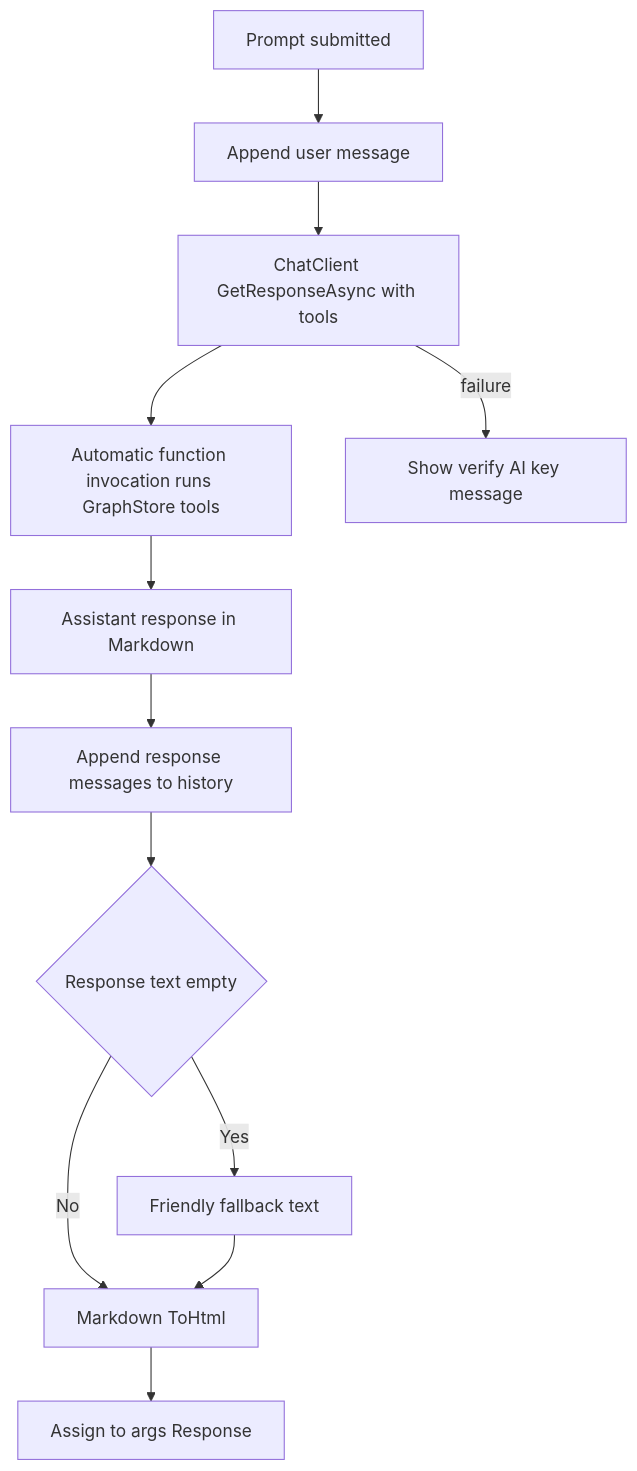
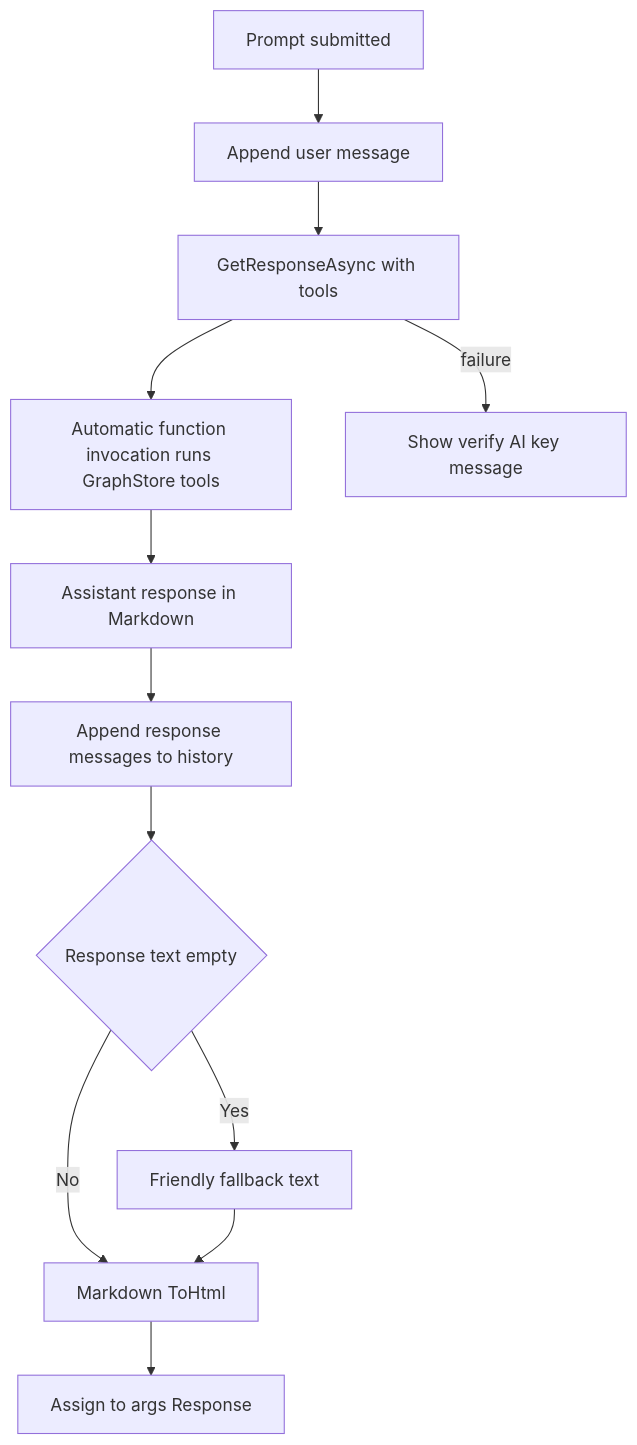
One commit to ADefWebserver/Syncfusion-Lightweight-Knowledge-Graphs-Succinctly changed the third of 3 diagrams in docs/03-graph-chat.md. Above: the diagram before and after it, drawn with Mermaid. The commit also changed other lines of this file and 3 other files, not shown here.

````diff
--- a/docs/03-graph-chat.md
+++ b/docs/03-graph-chat.md
@@ -218,14 +264,14 @@
 ```mermaid
 flowchart TD
     Submit[Prompt submitted] --> AddUser[Append user message]
-    AddUser --> Call[ChatClient GetResponseAsync with tools]
+    AddUser --> Call[GetResponseAsync with tools]
     Call --> Invoke[Automatic function invocation runs GraphStore tools]
     Invoke --> Resp[Assistant response in Markdown]
     Resp --> AddAsst[Append response messages to history]
     AddAsst --> Text{Response text empty}
     Text -- No --> Convert[Markdown ToHtml]
     Text -- Yes --> Fallback[Friendly fallback text]
     Fallback --> Convert
     Convert --> Show[Assign to args Response]
     Call -->|failure| Err[Show verify AI key message]
 ```
````
